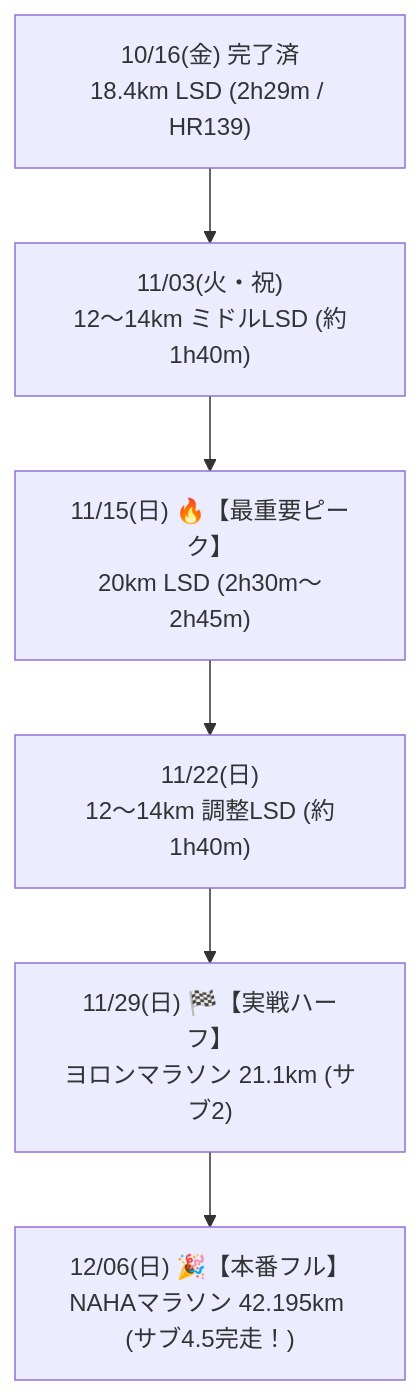
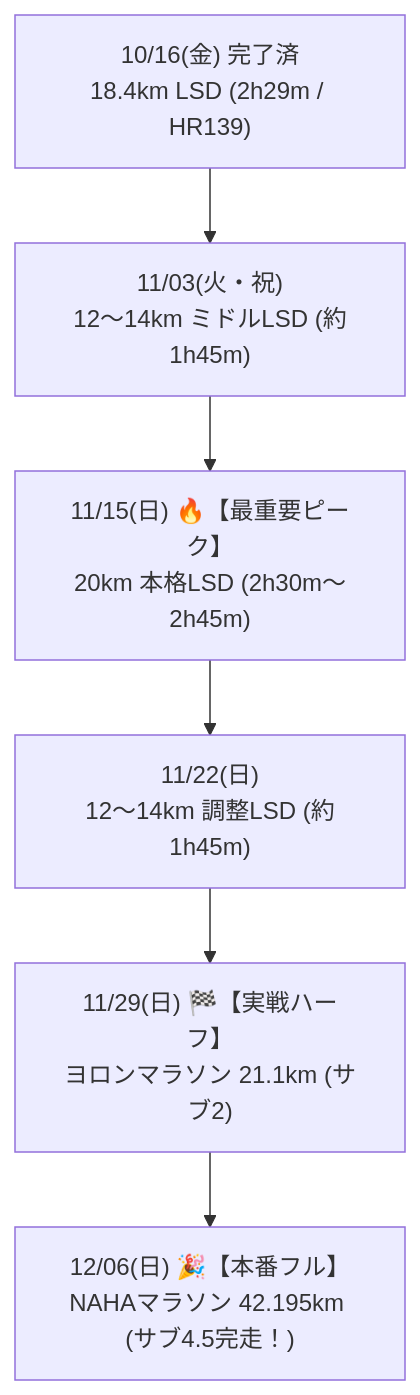
The diagram in docs/TRAINING_PLAN_2026.md (nem6ishi/running_analytics), drawn with Mermaid before and after one commit. The commit also changed other lines of this file, not shown here.

````diff
--- a/docs/TRAINING_PLAN_2026.md
+++ b/docs/TRAINING_PLAN_2026.md
@@ -28,8 +30,8 @@
 ```mermaid
 flowchart TD
-    L1["10/16(金) 完了済<br/>18.4km LSD (2h29m / HR139)"] --> L2["11/03(火・祝)<br/>12〜14km ミドルLSD (約1h40m)"]
-    L2 --> L3["11/15(日) 🔥【最重要ピーク】<br/>20km LSD (2h30m〜2h45m)"]
-    L3 --> L4["11/22(日)<br/>12〜14km 調整LSD (約1h40m)"]
+    L1["10/16(金) 完了済<br/>18.4km LSD (2h29m / HR139)"] --> L2["11/03(火・祝)<br/>12〜14km ミドルLSD (約1h45m)"]
+    L2 --> L3["11/15(日) 🔥【最重要ピーク】<br/>20km 本格LSD (2h30m〜2h45m)"]
+    L3 --> L4["11/22(日)<br/>12〜14km 調整LSD (約1h45m)"]
     L4 --> L5["11/29(日) 🏁【実戦ハーフ】<br/>ヨロンマラソン 21.1km (サブ2)"]
     L5 --> L6["12/06(日) 🎉【本番フル】<br/>NAHAマラソン 42.195km (サブ4.5完走！)"]
 ```
````
